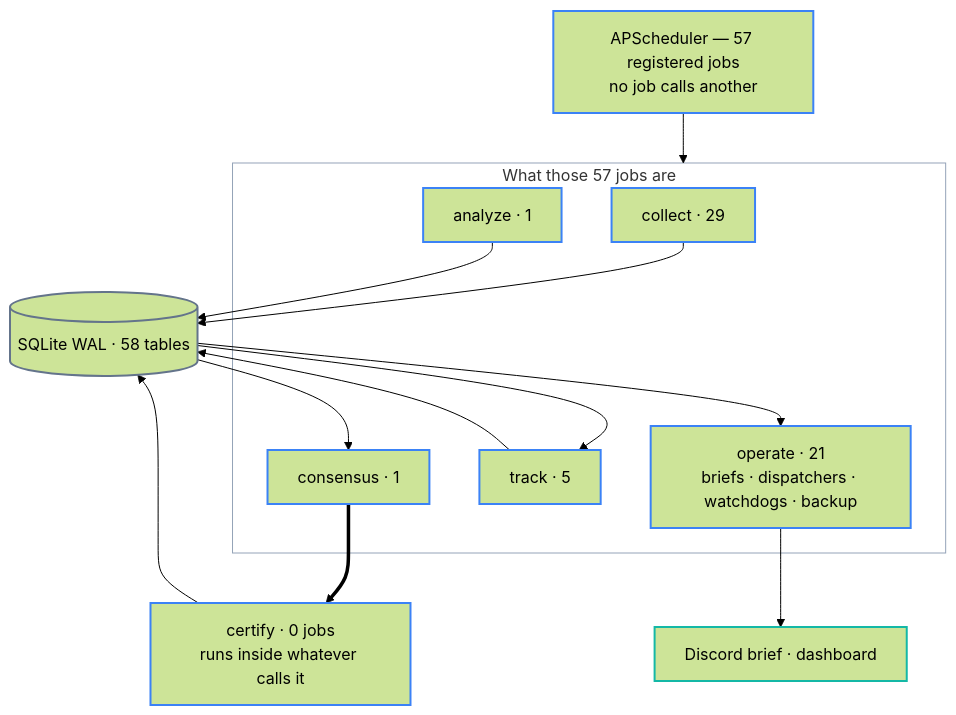
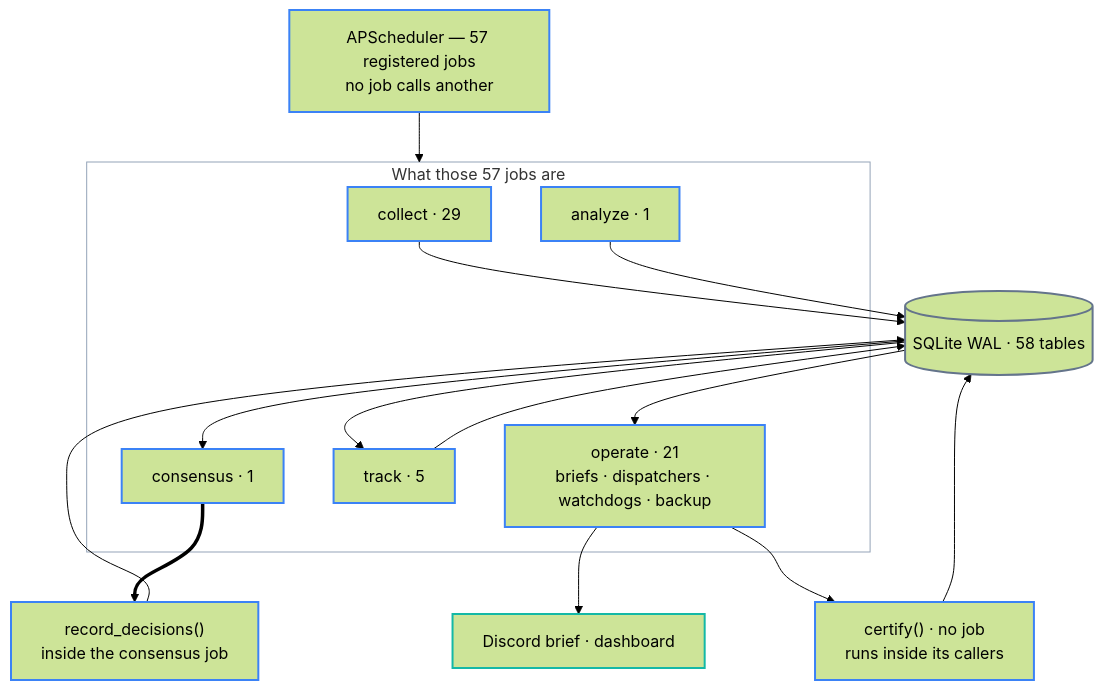
The second of 4 diagrams in README.md (researcherhojin/nuri-quant), drawn with Mermaid (forest theme) before and after one commit. The commit also changed other lines of this file and 3 other files, not shown here.

````diff
--- a/README.md
+++ b/README.md
@@ -83,35 +83,38 @@
 ```mermaid
 flowchart TB
     CLOCK["APScheduler — 57 registered jobs<br/>no job calls another"]
 
     subgraph JOBS["What those 57 jobs are"]
         JC["collect · 29"]
         JA["analyze · 1"]
         JD["consensus · 1"]
         JT["track · 5"]
         JO["operate · 21<br/>briefs · dispatchers · watchdogs · backup"]
     end
 
     DB[("SQLite WAL · 58 tables")]
-    CERT["certify · 0 jobs<br/>runs inside whatever calls it"]
+    RD["record_decisions()<br/>inside the consensus job"]
+    CERT["certify() · no job<br/>runs inside its callers"]
     OUT["Discord brief · dashboard"]
 
     CLOCK --> JOBS
     JC --> DB
     JA --> DB
     DB --> JD
-    JD ==> CERT
-    CERT --> DB
+    JD ==> RD
+    RD --> DB
     DB --> JT
     JT --> DB
     DB --> JO --> OUT
+    JO --> CERT
+    CERT --> DB
 
     classDef step  stroke:#3b82f6,stroke-width:2px
     classDef store stroke:#64748b,stroke-width:2px
     classDef out   stroke:#14b8a6,stroke-width:2px
     classDef zone  fill:none,stroke:#94a3b8,stroke-width:1px
-    class CLOCK,JC,JA,JD,JT,JO,CERT step
+    class CLOCK,JC,JA,JD,JT,JO,RD,CERT step
     class DB store
     class OUT out
     class JOBS zone
 ```
````
